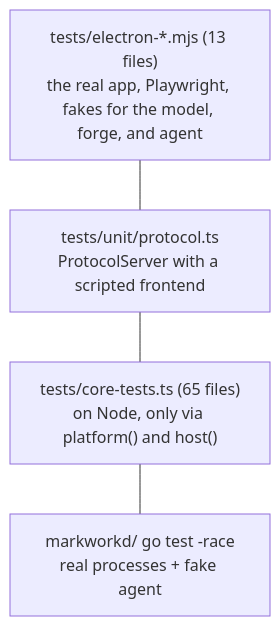
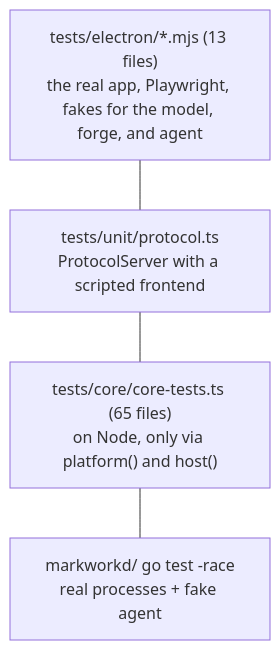
Before and after one commit to EkaPutCom/markwork: diagram 15 of 16 in docs/ONBOARDING.md, drawn with Mermaid. The commit also changed other lines of this file and 100 other files, not shown here.

Commit message:
chore: split tests/ by kind (core, electron, live, bench)

````diff
--- a/docs/ONBOARDING.md
+++ b/docs/ONBOARDING.md
@@ -546,9 +546,9 @@
 ```mermaid
 flowchart TB
-    el["tests/electron-*.mjs (13 files)<br/>the real app, Playwright, fakes for the model, forge, and agent"]
+    el["tests/electron/*.mjs (13 files)<br/>the real app, Playwright, fakes for the model, forge, and agent"]
     proto["tests/unit/protocol.ts<br/>ProtocolServer with a scripted frontend"]
-    core["tests/core-tests.ts (65 files)<br/>on Node, only via platform() and host()"]
+    core["tests/core/core-tests.ts (65 files)<br/>on Node, only via platform() and host()"]
     go["markworkd/ go test -race<br/>real processes + fake agent"]
     el --- proto --- core
     core --- go
 ```
````
